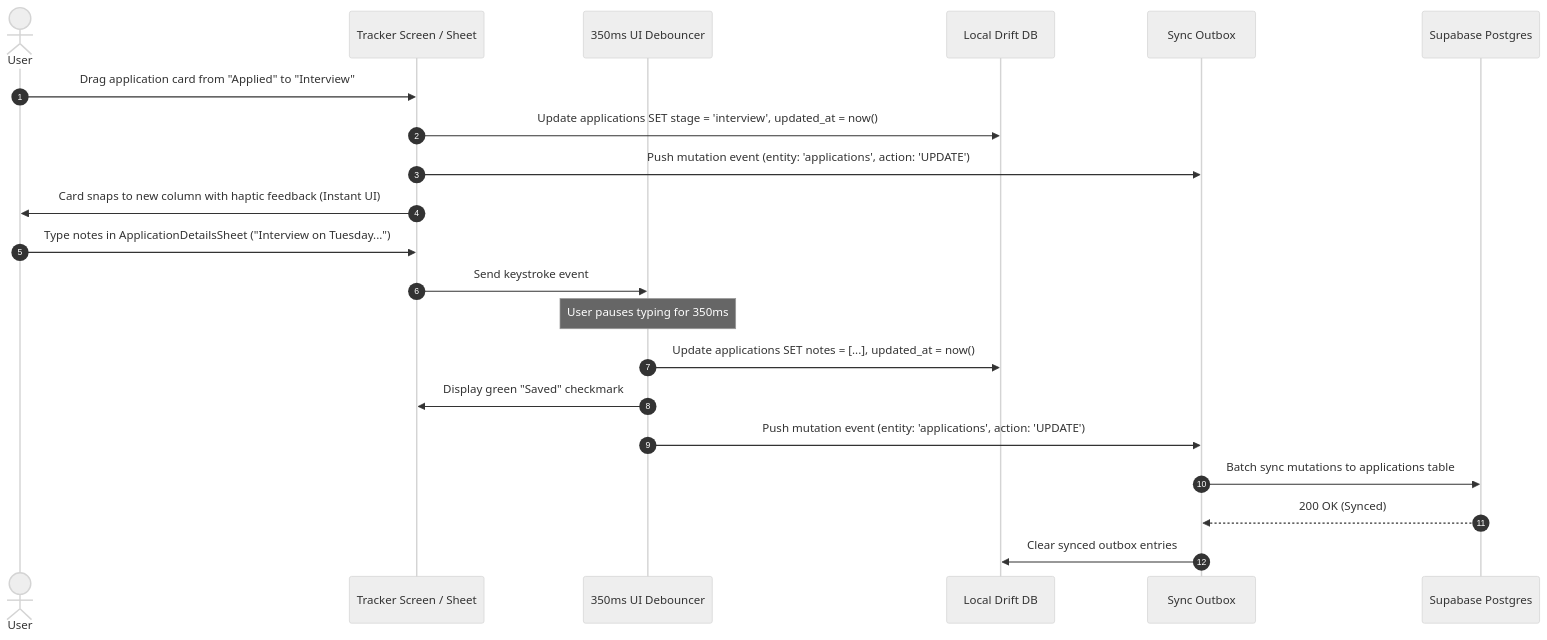
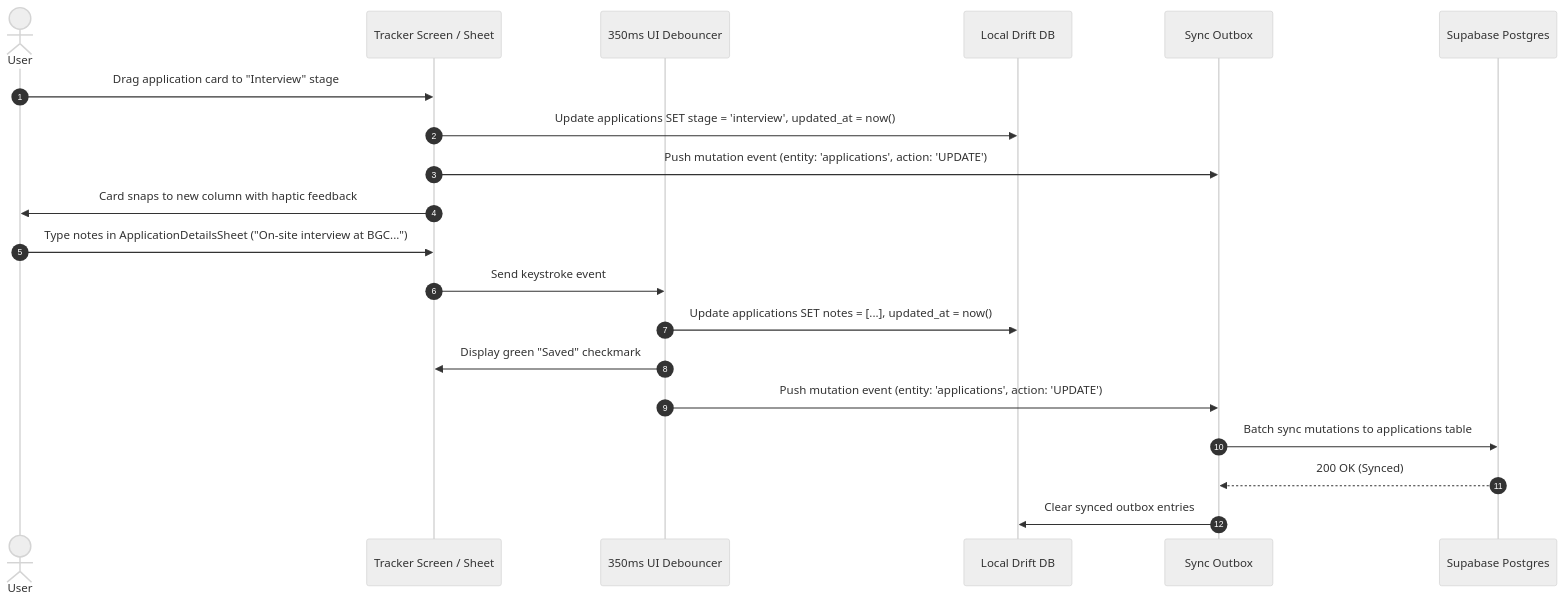
The eighth of 14 diagrams in docs/BACKEND_PLAN.md (QuantumTan/rolevia), drawn with Mermaid (neutral theme) before and after one commit. The commit also changed other lines of this file and 16 other files, not shown here.

````diff
--- a/docs/BACKEND_PLAN.md
+++ b/docs/BACKEND_PLAN.md
@@ -315,26 +326,25 @@
 ```mermaid
 sequenceDiagram
     autonumber
     actor User
     participant UI as Tracker Screen / Sheet
     participant Debounce as 350ms UI Debouncer
     participant Drift as Local Drift DB
     participant Outbox as Sync Outbox
     participant S_DB as Supabase Postgres
 
-    User->>UI: Drag application card from "Applied" to "Interview"
+    User->>UI: Drag application card to "Interview" stage
     UI->>Drift: Update applications SET stage = 'interview', updated_at = now()
     UI->>Outbox: Push mutation event (entity: 'applications', action: 'UPDATE')
-    UI->>User: Card snaps to new column with haptic feedback (Instant UI)
+    UI->>User: Card snaps to new column with haptic feedback
 
-    User->>UI: Type notes in ApplicationDetailsSheet ("Interview on Tuesday...")
+    User->>UI: Type notes in ApplicationDetailsSheet ("On-site interview at BGC...")
     UI->>Debounce: Send keystroke event
-    Note over Debounce: User pauses typing for 350ms
     Debounce->>Drift: Update applications SET notes = [...], updated_at = now()
     Debounce->>UI: Display green "Saved" checkmark
     Debounce->>Outbox: Push mutation event (entity: 'applications', action: 'UPDATE')
 
     Outbox->>S_DB: Batch sync mutations to applications table
     S_DB-->>Outbox: 200 OK (Synced)
     Outbox->>Drift: Clear synced outbox entries
 ```
````
